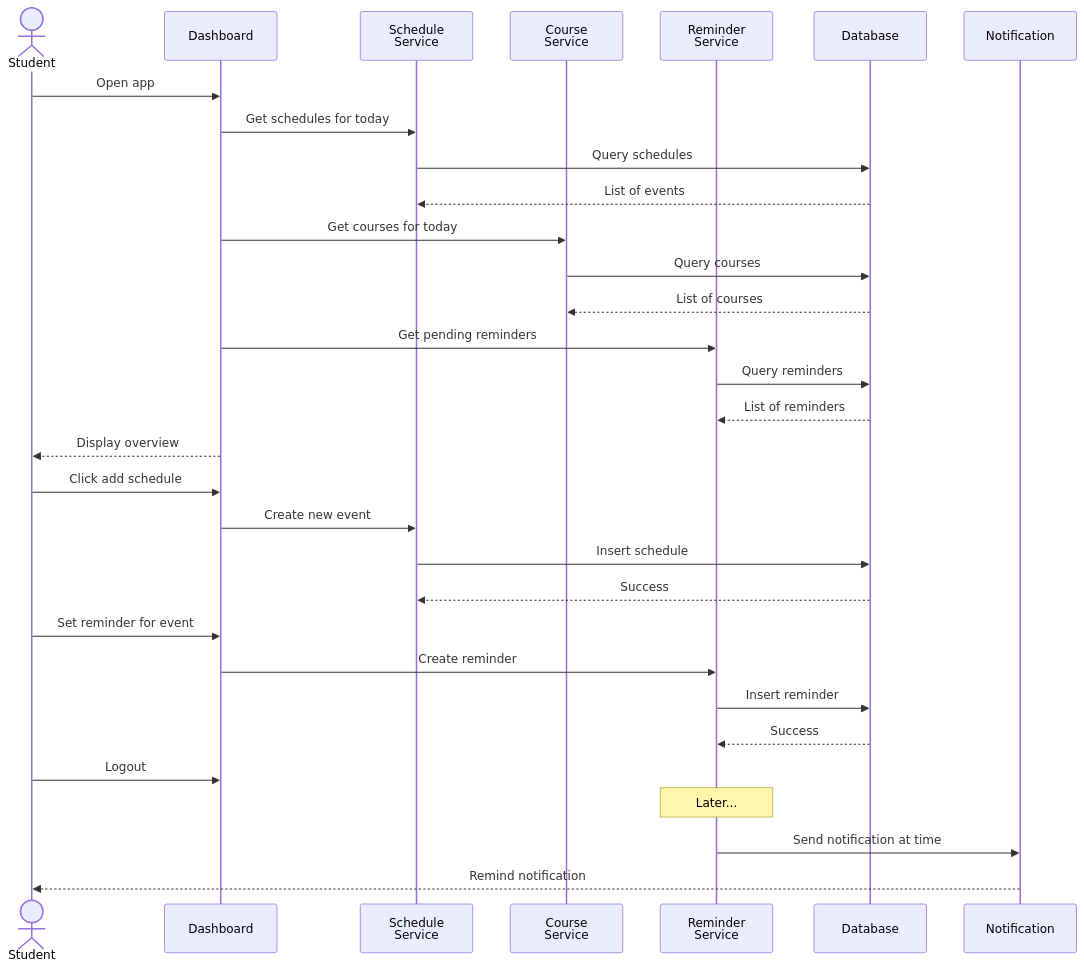
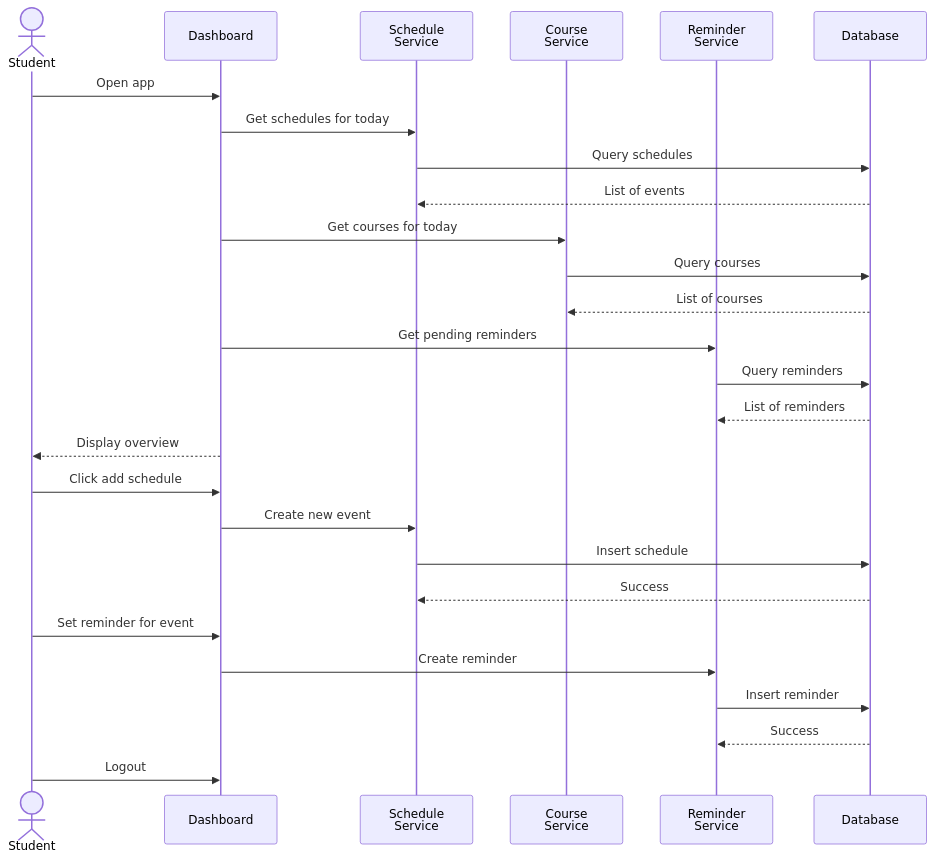
Before and after one commit to Dan5N/Chronify_back-end: the seventh of 12 diagrams in chronify_system_models_back-end.md, drawn with Mermaid. The commit also changed other lines of this file and 1 other file, not shown here.

````diff
--- a/chronify_system_models_back-end.md
+++ b/chronify_system_models_back-end.md
@@ -360,38 +312,33 @@
 ```mermaid
 sequenceDiagram
     actor Student as Student
     participant Dashboard as Dashboard
     participant Schedule as Schedule<br/>Service
     participant Course as Course<br/>Service
     participant Reminder as Reminder<br/>Service
     participant DB as Database
-    participant Notify as Notification
-    
+
     Student->>Dashboard: Open app
     Dashboard->>Schedule: Get schedules for today
     Schedule->>DB: Query schedules
     DB-->>Schedule: List of events
     Dashboard->>Course: Get courses for today
     Course->>DB: Query courses
     DB-->>Course: List of courses
     Dashboard->>Reminder: Get pending reminders
     Reminder->>DB: Query reminders
     DB-->>Reminder: List of reminders
     Dashboard-->>Student: Display overview
-    
+
     Student->>Dashboard: Click add schedule
     Dashboard->>Schedule: Create new event
     Schedule->>DB: Insert schedule
     DB-->>Schedule: Success
-    
+
     Student->>Dashboard: Set reminder for event
     Dashboard->>Reminder: Create reminder
     Reminder->>DB: Insert reminder
     DB-->>Reminder: Success
-    
+
     Student->>Dashboard: Logout
-    
-    Note over Reminder: Later...
-    Reminder->>Notify: Send notification at time
-    Notify-->>Student: Remind notification
 ```
````
